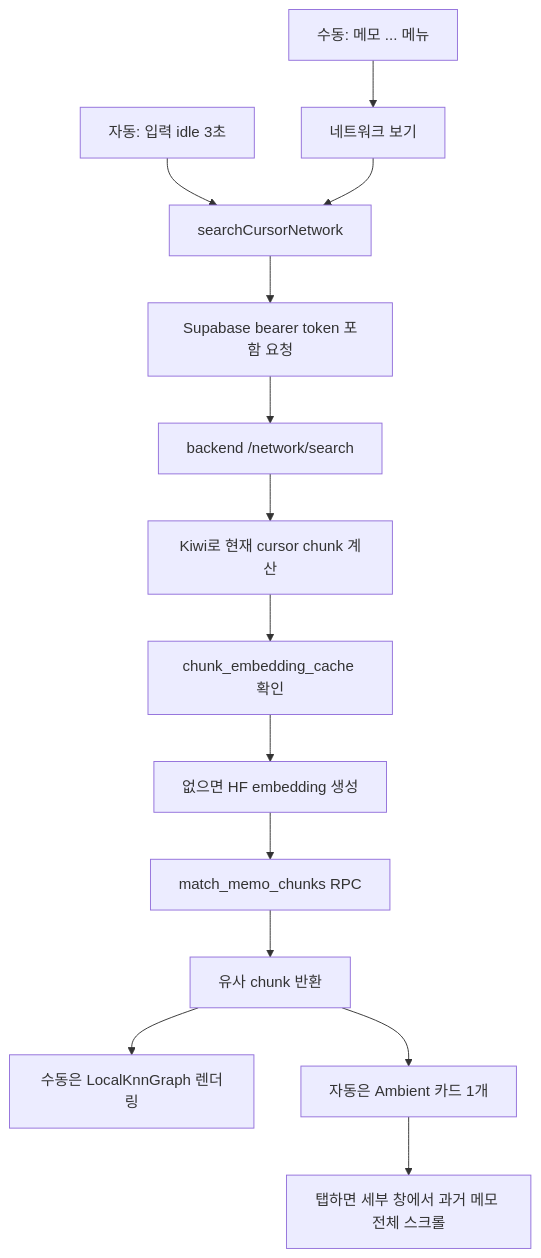
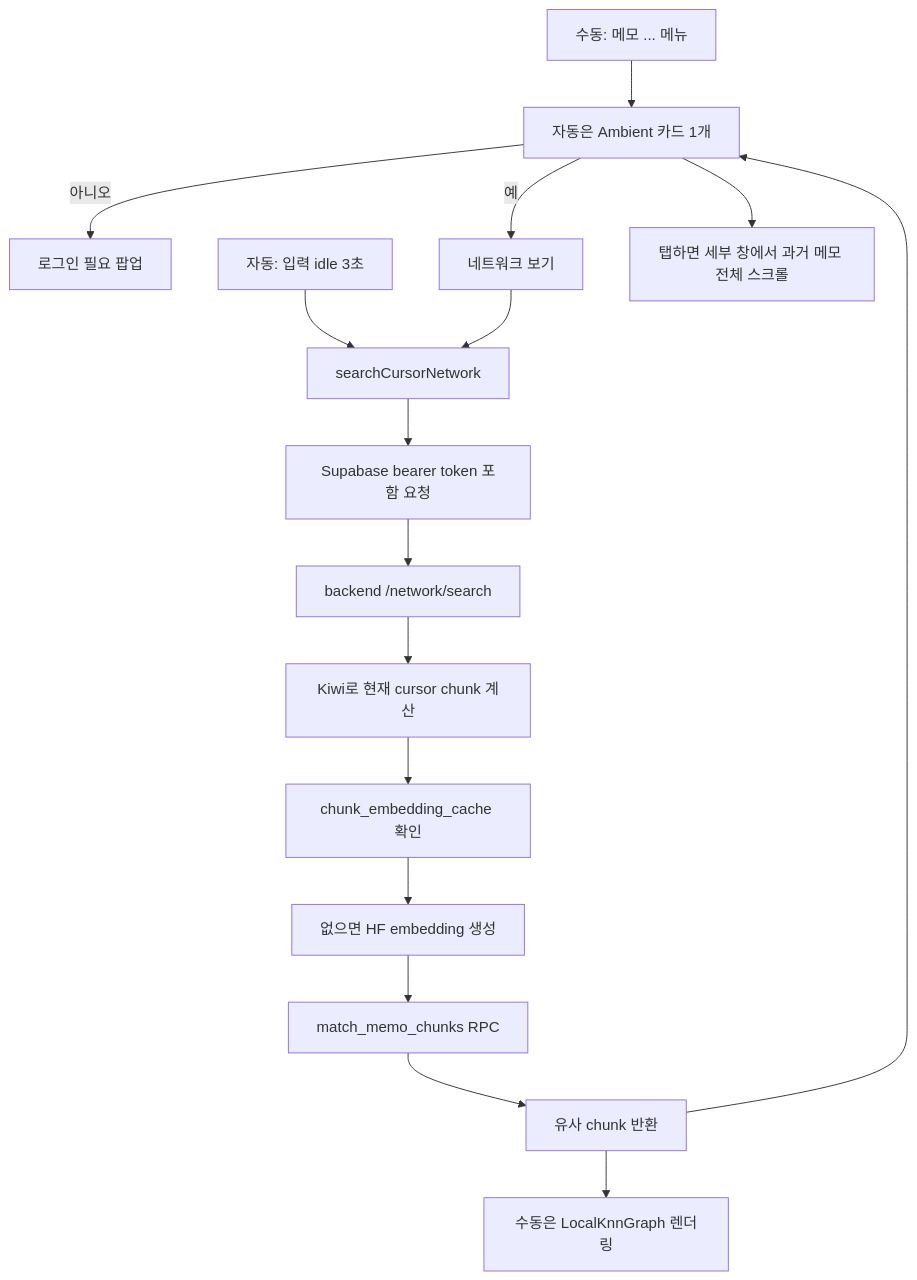
The seventh of 12 diagrams in docs/flow.md (SUNGHOONOH/Subnota), drawn with Mermaid before and after one commit. The commit also changed other lines of this file and 93 other files, not shown here.

````diff
--- a/docs/flow.md
+++ b/docs/flow.md
@@ -143,16 +161,18 @@
 ```mermaid
 flowchart TD
-  A["수동: 메모 ... 메뉴"] --> B["네트워크 보기"]
+  A["수동: 메모 ... 메뉴"] --> L{"로그인 상태?"}
+  L -->|"아니오"| P["로그인 필요 팝업"]
+  L -->|"예"| B["네트워크 보기"]
   Z["자동: 입력 idle 3초"] --> C["searchCursorNetwork"]
   B --> C["searchCursorNetwork"]
   C --> D["Supabase bearer token 포함 요청"]
   D --> E["backend /network/search"]
   E --> F["Kiwi로 현재 cursor chunk 계산"]
   F --> G["chunk_embedding_cache 확인"]
   G --> H["없으면 HF embedding 생성"]
   H --> I["match_memo_chunks RPC"]
   I --> J["유사 chunk 반환"]
   J --> K["수동은 LocalKnnGraph 렌더링"]
   J --> L["자동은 Ambient 카드 1개"]
   L --> M["탭하면 세부 창에서 과거 메모 전체 스크롤"]
 ```
````
